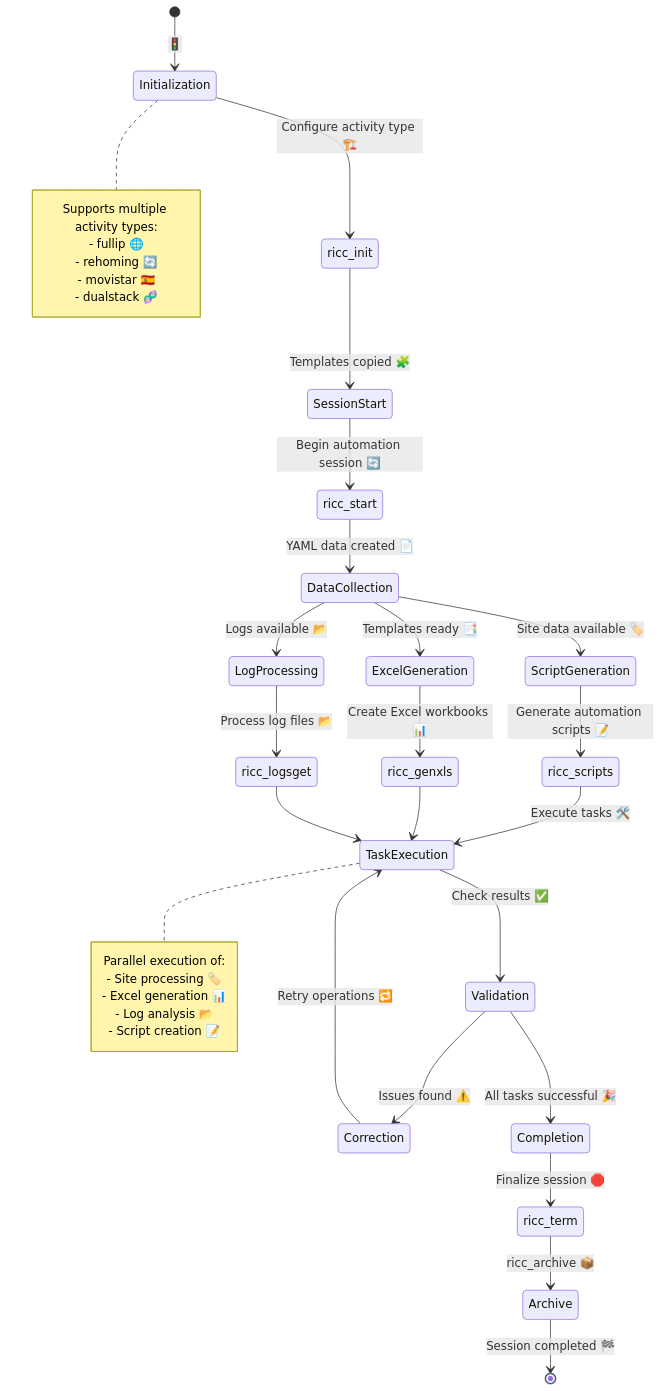
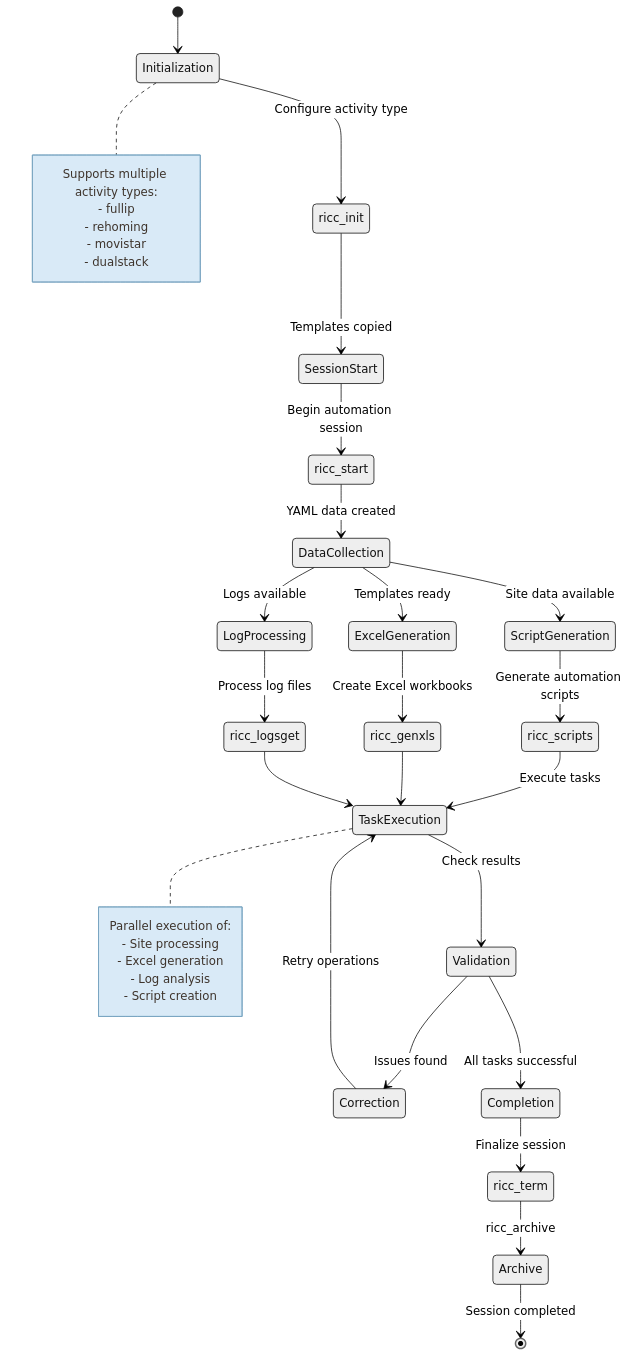
The third of 4 diagrams in README.md (enogrob/project-automation-mop), drawn with Mermaid before and after one commit. The commit also changed other lines of this file, not shown here.

````diff
--- a/README.md
+++ b/README.md
@@ -190,53 +176,51 @@
 ```mermaid
-%%{init: { 'themeVariables': { 'primaryColor': '#DCEBFA', 'primaryBorderColor': '#355C7D', 'primaryTextColor': '#1E293B', 'lineColor': '#52606D', 'fontSize': '16px' } } }%%
+%%{init: {'theme': 'neutral', 'themeVariables': {'noteBkgColor': '#D9EAF7', 'noteTextColor': '#3E342C', 'noteBorderColor': '#7AA6C2'}}}%%
 stateDiagram-v2
-    [*] --> Initialization: 🚦
-    Initialization --> ricc_init: Configure activity type 🏗️
-    ricc_init --> SessionStart: Templates copied 🧩
-    SessionStart --> ricc_start: Begin automation session 🔄
-    ricc_start --> DataCollection: YAML data created 📄
+    [*] --> Initialization
+    Initialization --> ricc_init: Configure activity type
+    ricc_init --> SessionStart: Templates copied
+    SessionStart --> ricc_start: Begin automation session
+    ricc_start --> DataCollection: YAML data created
     
-    DataCollection --> ScriptGeneration: Site data available 🏷️
-    DataCollection --> ExcelGeneration: Templates ready 📑
-    DataCollection --> LogProcessing: Logs available 📂
+    DataCollection --> ScriptGeneration: Site data available
+    DataCollection --> ExcelGeneration: Templates ready
+    DataCollection --> LogProcessing: Logs available
     
-    ScriptGeneration --> ricc_scripts: Generate automation scripts 📝
-    ExcelGeneration --> ricc_genxls: Create Excel workbooks 📊
-    LogProcessing --> ricc_logsget: Process log files 📂
+    ScriptGeneration --> ricc_scripts: Generate automation scripts
+    ExcelGeneration --> ricc_genxls: Create Excel workbooks
+    LogProcessing --> ricc_logsget: Process log files
     
-    ricc_scripts --> TaskExecution: Execute tasks 🛠️
+    ricc_scripts --> TaskExecution: Execute tasks
     ricc_genxls --> TaskExecution
     ricc_logsget --> TaskExecution
     
-    TaskExecution --> Validation: Check results ✅
-    Validation --> Correction: Issues found ⚠️
-    Validation --> Completion: All tasks successful 🎉
-    Correction --> TaskExecution: Retry operations 🔁
+    TaskExecution --> Validation: Check results
+    Validation --> Correction: Issues found
+    Validation --> Completion: All tasks successful
+    Correction --> TaskExecution: Retry operations
     
-    Completion --> ricc_term: Finalize session 🛑
-    ricc_term --> Archive: ricc_archive 📦
-    Archive --> [*]: Session completed 🏁
+    Completion --> ricc_term: Finalize session
+    ricc_term --> Archive: ricc_archive
+    Archive --> [*]: Session completed
     
     note right of Initialization
         Supports multiple activity types:
-        - fullip 🌐
-        - rehoming 🔄
-        - movistar 🇪🇸
-        - dualstack 🧬
+        - fullip
+        - rehoming
+        - movistar
+        - dualstack
     end note
     
     note right of TaskExecution
         Parallel execution of:
-        - Site processing 🏷️
-        - Excel generation 📊
-        - Log analysis 📂
-        - Script creation 📝
+        - Site processing
+        - Excel generation
+        - Log analysis
+        - Script creation
     end note
 
-    classDef process fill:#DCEBFA,stroke:#355C7D,color:#1E293B;
-    classDef data fill:#DDF2E1,stroke:#3F6B4F,color:#1E3324;
-    classDef warning fill:#F9DFDF,stroke:#8C3A3A,color:#401E1E;
-    class Initialization,ricc_init,SessionStart,ricc_start,ScriptGeneration,ExcelGeneration,LogProcessing,ricc_scripts,ricc_genxls,ricc_logsget,TaskExecution,Completion,ricc_term process;
-    class DataCollection,Archive data;
-    class Validation,Correction warning;
+    classDef orchestration fill:#DDE3F4,stroke:#8998C8,color:#3E342C,stroke-width:2px;
+    classDef context fill:#D9EAF7,stroke:#7AA6C2,color:#3E342C,stroke-width:2px;
+    class Initialization,ricc_init,SessionStart,ricc_start,ScriptGeneration,ExcelGeneration,LogProcessing,ricc_scripts,ricc_genxls,ricc_logsget,TaskExecution,Validation,Correction,Completion,ricc_term orchestration;
+    class DataCollection,Archive context;
 ```
````
